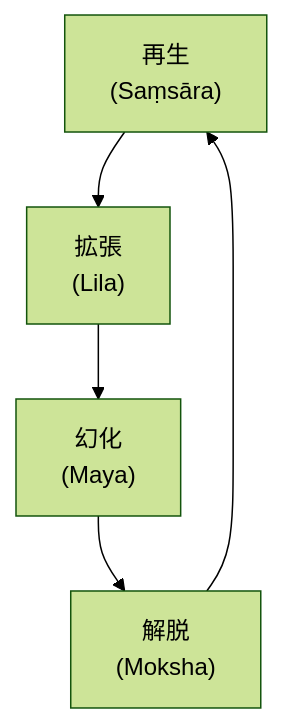
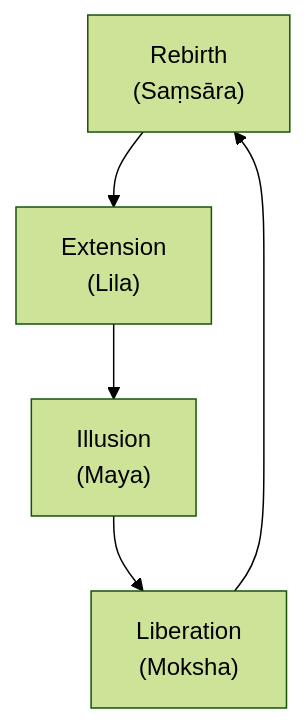
One commit to monumental-movement/monumental-movement.github.io changed the second of 4 diagrams in en/_posts/2025-10-05-Column-Shpongle.md. Above: the diagram before and after it, drawn with Mermaid (forest theme). The commit also changed other lines of this file and 152 other files, not shown here.

```diff
--- a/en/_posts/2025-10-05-Column-Shpongle.md
+++ b/en/_posts/2025-10-05-Column-Shpongle.md
@@ -112,9 +112,9 @@
 <div class="mermaid">
 
 flowchart TD
-  A["生成<br>(Brahman)"] --> B["拡張<br>(Lila)"]
-  B --> C["幻化<br>(Maya)"]
-  C --> D["解脱<br>(Moksha)"]
-  D --> A["再生<br>(Saṃsāra)"]
+  A["Generation<br>(Brahman)"] --> B["Extension<br>(Lila)"]
+  B --> C["Illusion<br>(Maya)"]
+  C --> D["Liberation<br>(Moksha)"]
+  D --> A["Rebirth<br>(Saṃsāra)"]
 
 </div>
```
